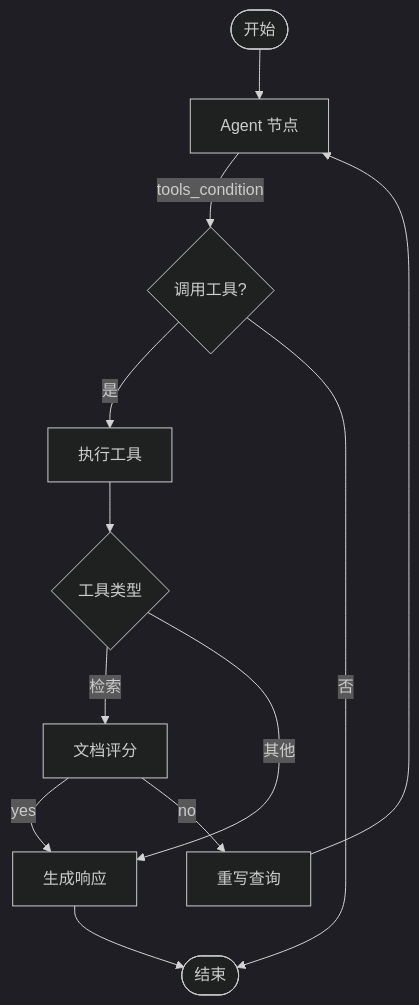
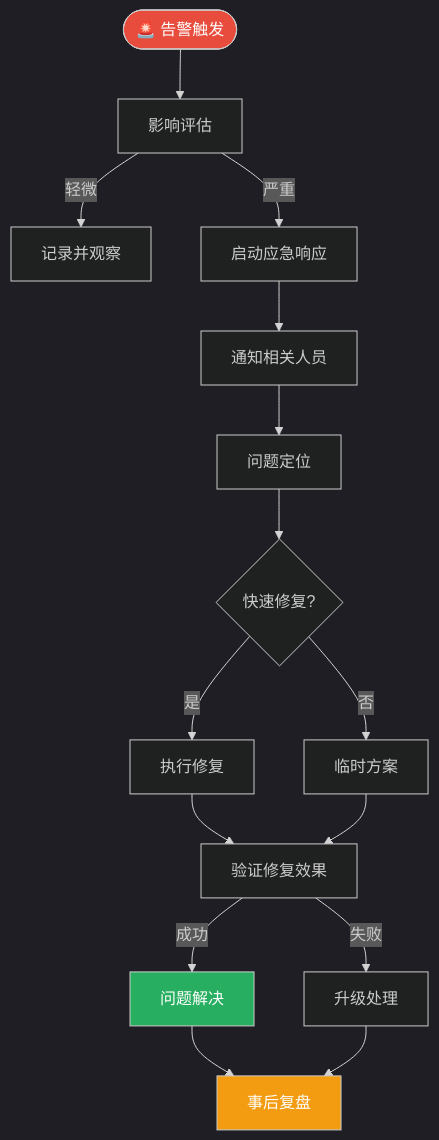
The seventh of 7 diagrams in DEPLOYMENT.md (lwfeng-ch/rag_graph), drawn with Mermaid before and after one commit. The commit also changed other lines of this file and 54 other files, not shown here.

````diff
--- a/DEPLOYMENT.md
+++ b/DEPLOYMENT.md
@@ -434,15 +1166,27 @@
 ```mermaid
 %%{init: {'theme': 'dark'}}%%
 flowchart TD
-    START([开始]) --> AGENT[Agent 节点]
-    AGENT -->|tools_condition| TOOLS{调用工具?}
-    TOOLS -->|是| CALL[执行工具]
-    TOOLS -->|否| END([结束])
-    CALL --> ROUTE{工具类型}
-    ROUTE -->|检索| GRADE[文档评分]
-    ROUTE -->|其他| GEN[生成响应]
-    GRADE -->|yes| GEN
-    GRADE -->|no| REWRITE[重写查询]
-    REWRITE --> AGENT
-    GEN --> END
+    ALERT([🚨 告警触发]) --> ASSESS[影响评估]
+    ASSESS -->|轻微| MINOR[记录并观察]
+    ASSESS -->|严重| SEVERE[启动应急响应]
+    
+    SEVERE --> NOTIFY[通知相关人员]
+    NOTIFY --> INVESTIGATE[问题定位]
+    INVESTIGATE --> QUICK_FIX{快速修复?}
+    
+    QUICK_FIX -->|是| EXECUTE[执行修复]
+    QUICK_FIX -->|否| WORKAROUND[临时方案]
+    
+    EXECUTE --> VERIFY[验证修复效果]
+    WORKAROUND --> VERIFY
+    
+    VERIFY -->|成功| RESOLVE[问题解决]
+    VERIFY -->|失败| ESCALATE[升级处理]
+    
+    RESOLVE --> REVIEW[事后复盘]
+    ESCALATE --> REVIEW
+    
+    style ALERT fill:#e74c3c,color:#fff
+    style RESOLVE fill:#27ae60,color:#fff
+    style REVIEW fill:#f39c12,color:#fff
 ```
````
